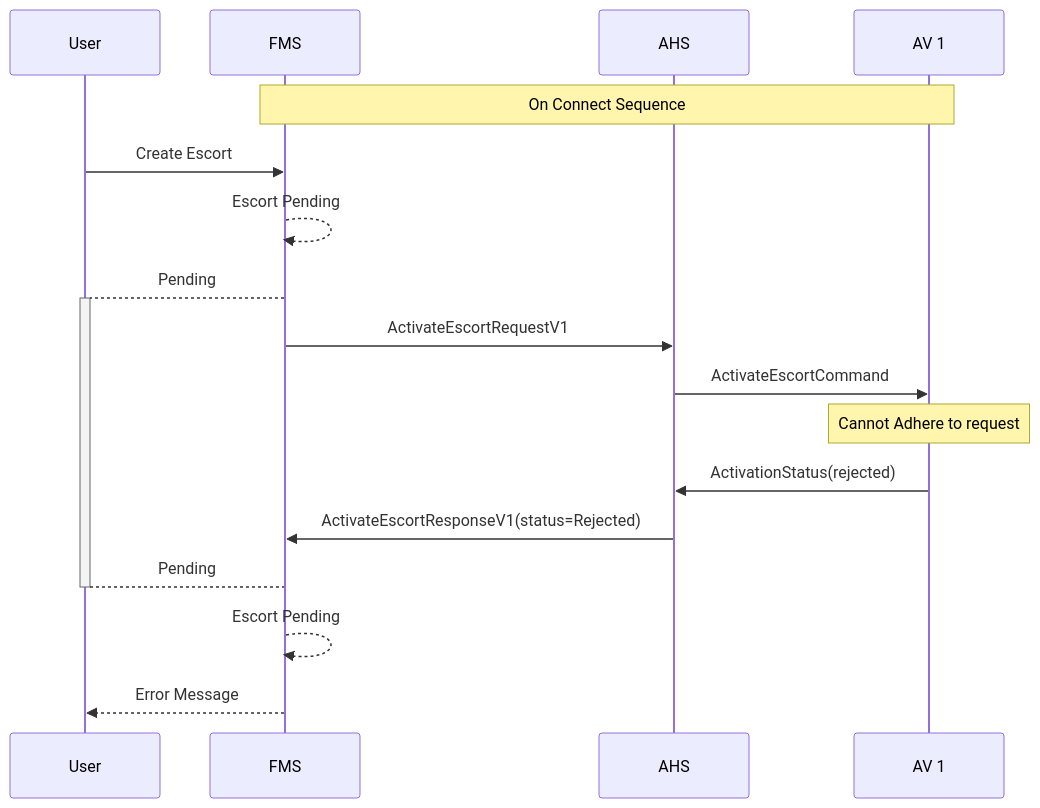
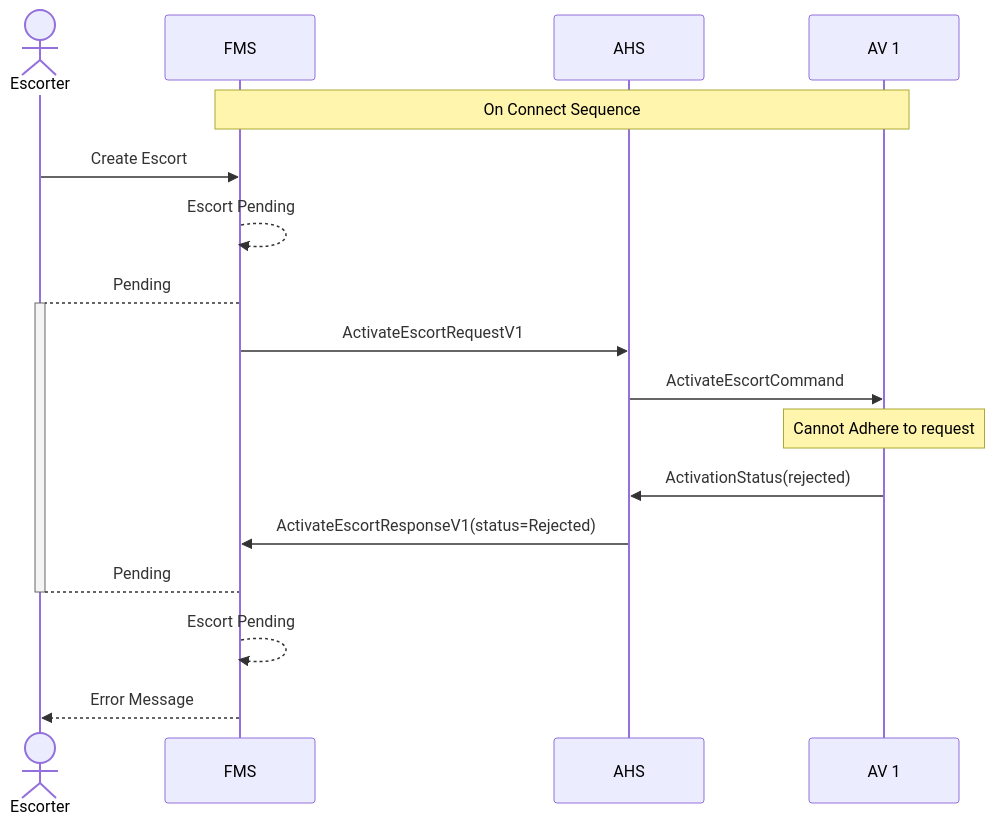
Before and after one commit to open-autonomy/escort: the third of 3 diagrams in diagram/EscortActivation.md, drawn with Mermaid. The commit also changed other lines of this file and 2 other files, not shown here.

Commit message:
Replace participant User with actor Escorter

````diff
--- a/diagram/EscortActivation.md
+++ b/diagram/EscortActivation.md
@@ -96,20 +96,20 @@
 ```mermaid
 sequenceDiagram
-    participant User
+    actor Escorter
     participant FMS
     participant AHS
     participant AV 1
 
     Note over FMS,AV 1: On Connect Sequence
-    User->>FMS: Create Escort
+    Escorter->>FMS: Create Escort
     FMS-->>FMS: Escort Pending
-    FMS-->+User: Pending
+    FMS-->+Escorter: Pending
     FMS->>AHS: ActivateEscortRequestV1
     AHS->>AV 1: ActivateEscortCommand
     Note Over AV 1: Cannot Adhere to request
     AV 1->>AHS: ActivationStatus(rejected)
     AHS->>FMS: ActivateEscortResponseV1(status=Rejected)
-    User-->-FMS: Pending
+    Escorter-->-FMS: Pending
     FMS-->>FMS: Escort Pending
-    FMS-->>User: Error Message
+    FMS-->>Escorter: Error Message
 ```
````
